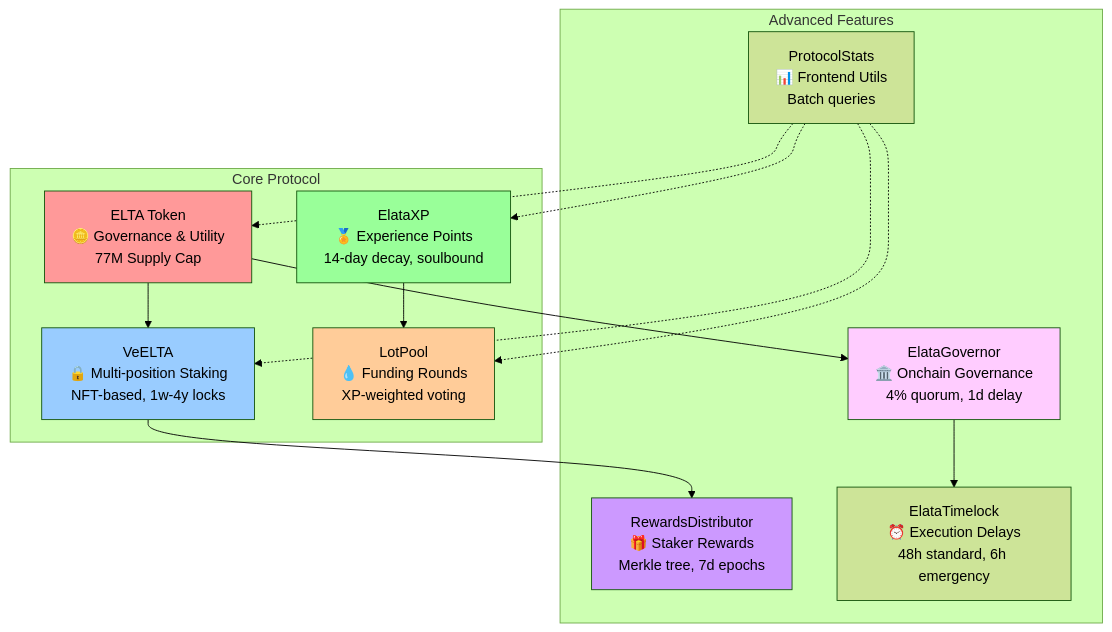
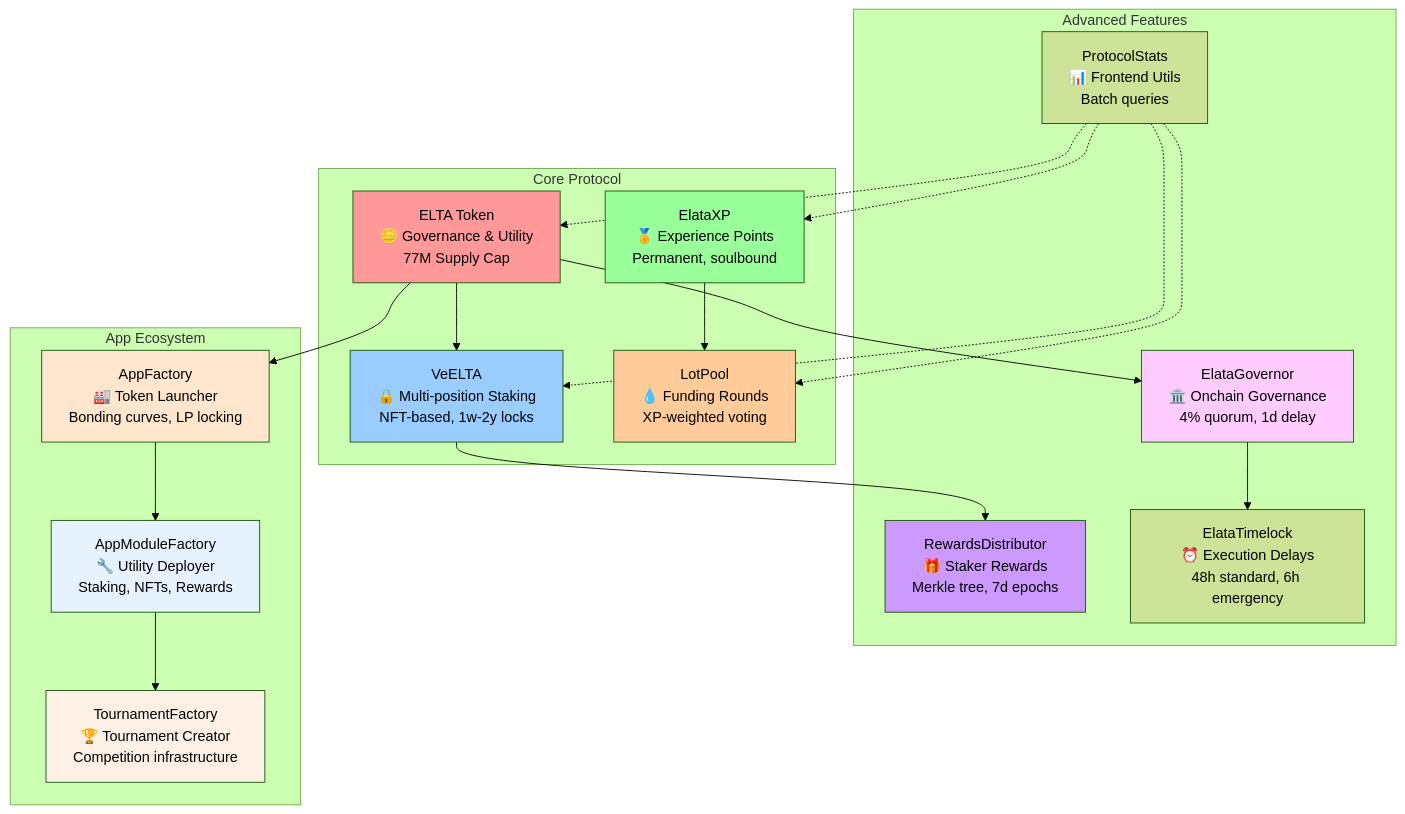
Before and after one commit to Elata-Biosciences/elata-protocol: the third of 10 diagrams in README.md, drawn with Mermaid (forest theme). The commit also changed other lines of this file and 10 other files, not shown here.

Commit message:
veELTA an ElataXP improvments

````diff
--- a/README.md
+++ b/README.md
@@ -94,34 +94,47 @@
 ```mermaid
 graph TB
     subgraph "Core Protocol"
         ELTA[ELTA Token<br/>🪙 Governance & Utility<br/>77M Supply Cap]
-        VE[VeELTA<br/>🔒 Multi-position Staking<br/>NFT-based, 1w-4y locks]
-        XP[ElataXP<br/>🏅 Experience Points<br/>14-day decay, soulbound]
+        VE[VeELTA<br/>🔒 Multi-position Staking<br/>NFT-based, 1w-2y locks]
+        XP[ElataXP<br/>🏅 Experience Points<br/>Permanent, soulbound]
         LP[LotPool<br/>💧 Funding Rounds<br/>XP-weighted voting]
     end
     
     subgraph "Advanced Features"
         RD[RewardsDistributor<br/>🎁 Staker Rewards<br/>Merkle tree, 7d epochs]
         GOV[ElataGovernor<br/>🏛️ Onchain Governance<br/>4% quorum, 1d delay]
         TL[ElataTimelock<br/>⏰ Execution Delays<br/>48h standard, 6h emergency]
         STATS[ProtocolStats<br/>📊 Frontend Utils<br/>Batch queries]
     end
     
+    subgraph "App Ecosystem"
+        AF[AppFactory<br/>🏭 Token Launcher<br/>Bonding curves, LP locking]
+        AMF[AppModuleFactory<br/>🔧 Utility Deployer<br/>Staking, NFTs, Rewards]
+        TF[TournamentFactory<br/>🏆 Tournament Creator<br/>Competition infrastructure]
+    end
+    
     ELTA --> VE
     ELTA --> GOV
+    ELTA --> AF
     VE --> RD
     XP --> LP
     GOV --> TL
+    
+    AF --> AMF
+    AMF --> TF
     
     STATS -.-> ELTA
     STATS -.-> VE
     STATS -.-> XP
     STATS -.-> LP
     
     style ELTA fill:#ff9999
     style VE fill:#99ccff
     style XP fill:#99ff99
     style LP fill:#ffcc99
     style RD fill:#cc99ff
     style GOV fill:#ffccff
+    style AF fill:#ffe6cc
+    style AMF fill:#e6f3ff
+    style TF fill:#fff0e6
 ```
````
